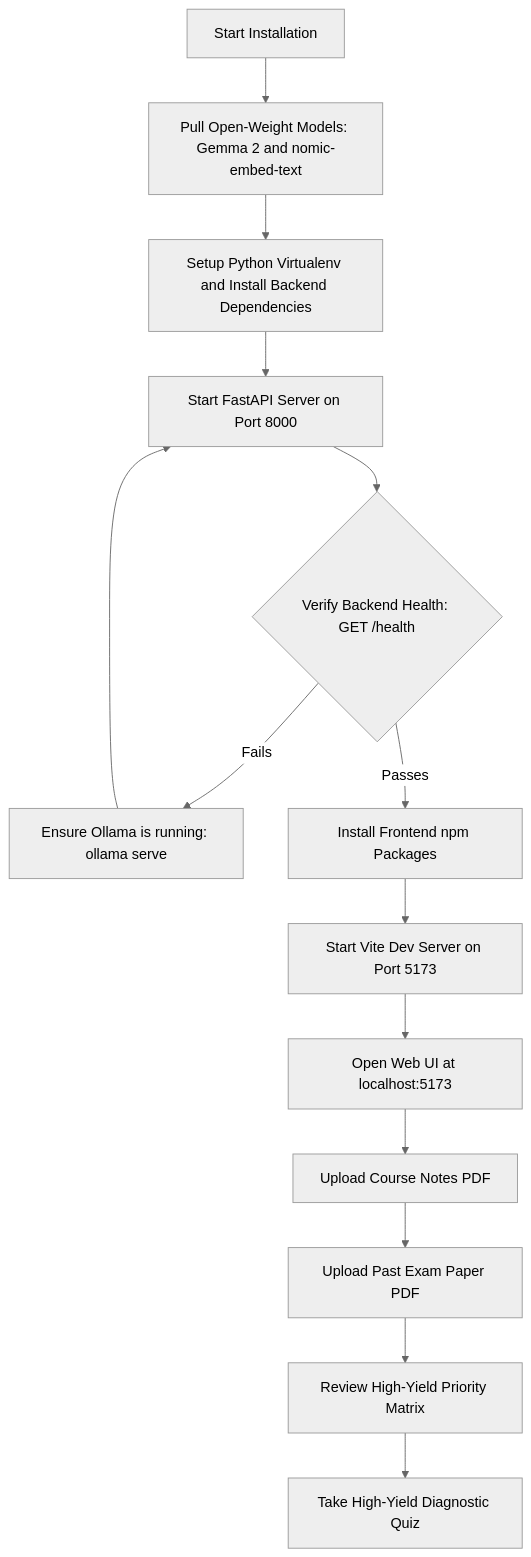
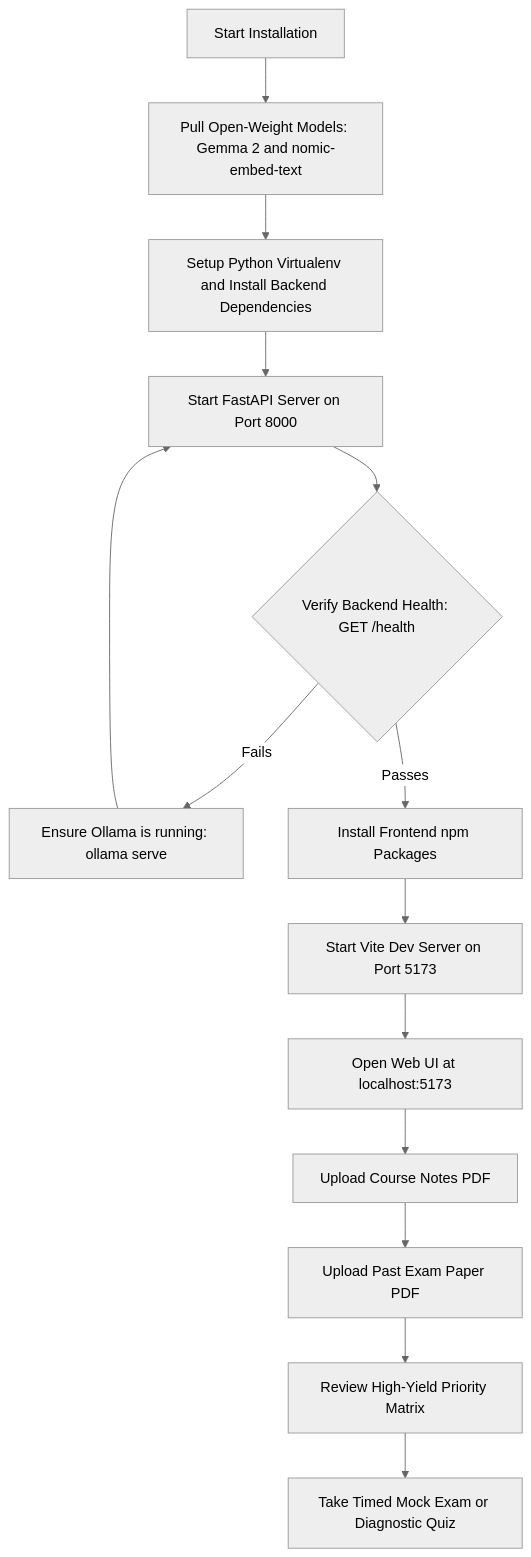
Before and after one commit to dev-Aarish/gist: the diagram in docs/getting-started.md, drawn with Mermaid (neutral theme). The commit also changed other lines of this file and 5 other files, not shown here.

````diff
--- a/docs/getting-started.md
+++ b/docs/getting-started.md
@@ -19,16 +19,16 @@
 ```mermaid
 graph TD
     Start["Start Installation"] --> PullModels["Pull Open-Weight Models: Gemma 2 and nomic-embed-text"]
     PullModels --> SetupBackend["Setup Python Virtualenv and Install Backend Dependencies"]
     SetupBackend --> LaunchBackend["Start FastAPI Server on Port 8000"]
     LaunchBackend --> HealthCheck{"Verify Backend Health: GET /health"}
     HealthCheck -- "Fails" --> DebugOllama["Ensure Ollama is running: ollama serve"]
     DebugOllama --> LaunchBackend
     HealthCheck -- "Passes" --> SetupFrontend["Install Frontend npm Packages"]
     SetupFrontend --> LaunchFrontend["Start Vite Dev Server on Port 5173"]
     LaunchFrontend --> AppReady["Open Web UI at localhost:5173"]
     AppReady --> UploadDoc["Upload Course Notes PDF"]
     UploadDoc --> UploadPastPaper["Upload Past Exam Paper PDF"]
     UploadPastPaper --> CheckMatrix["Review High-Yield Priority Matrix"]
-    CheckMatrix --> TargetedQuiz["Take High-Yield Diagnostic Quiz"]
+    CheckMatrix --> TargetedQuiz["Take Timed Mock Exam or Diagnostic Quiz"]
 ```
````
